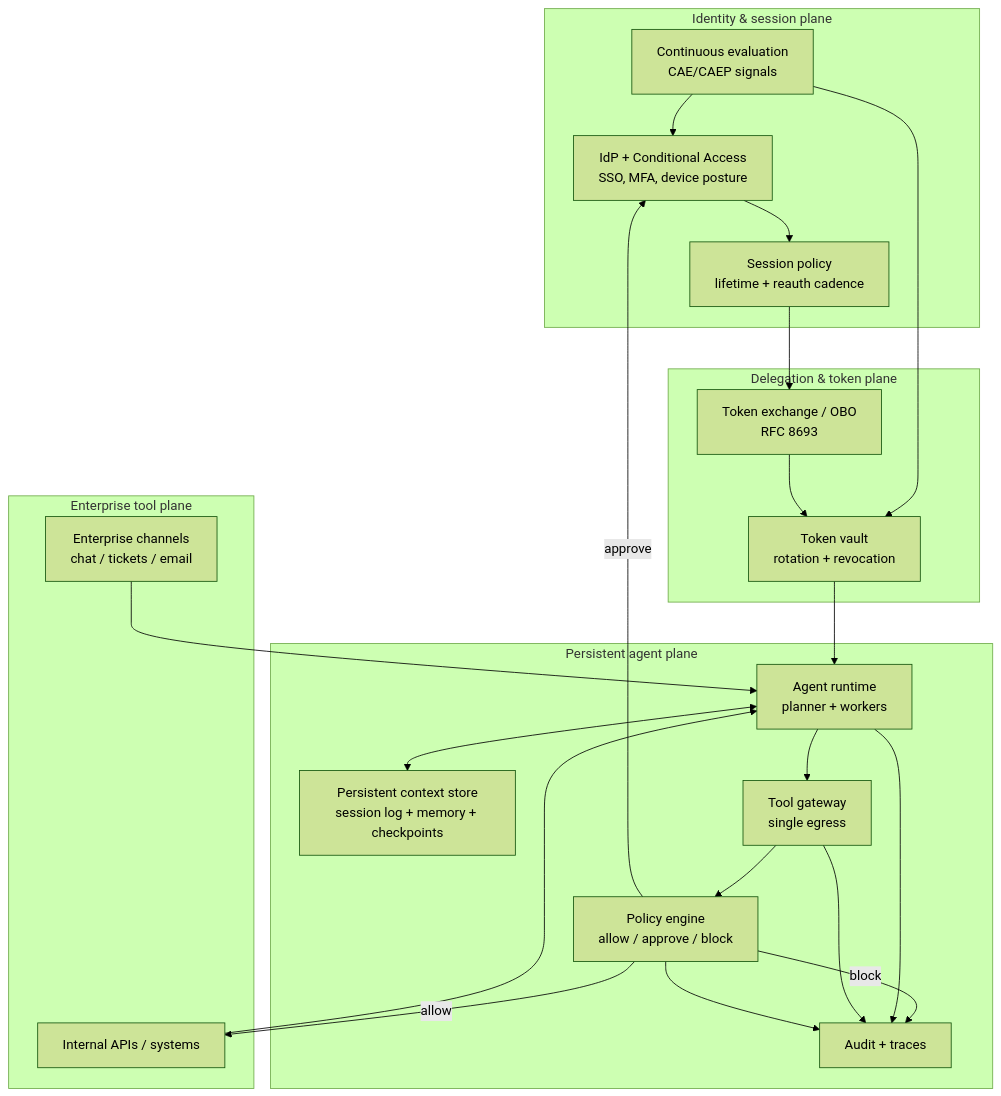
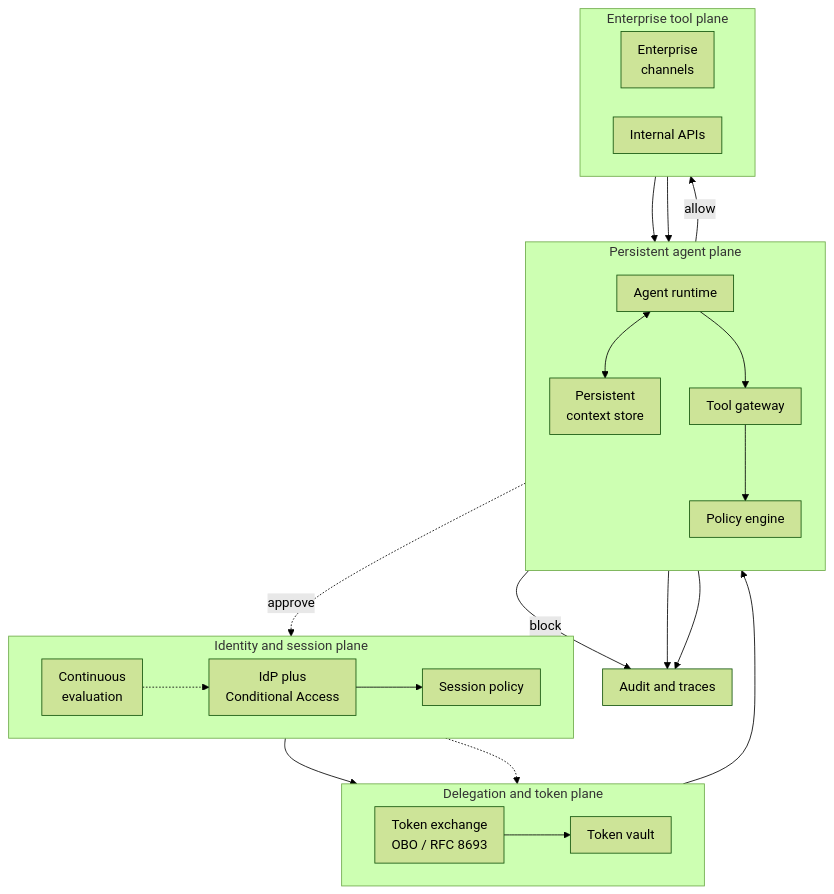
The diagram in docs/papers/always-on-agents/index.md (DavideDaniel/research), drawn with Mermaid (forest theme) before and after one commit. The commit also changed other lines of this file, not shown here.

First line of the commit message:
Polish Always-On Enterprise Agents paper

````diff
--- a/docs/papers/always-on-agents/index.md
+++ b/docs/papers/always-on-agents/index.md
@@ -166,47 +166,51 @@
 ```mermaid
+%%{init: {'flowchart': {'nodeSpacing': 35, 'rankSpacing': 55, 'padding': 10}}}%%
 flowchart TB
-  subgraph IAM["Identity & session plane"]
-    IdP["IdP + Conditional Access<br/>SSO, MFA, device posture"]
-    Sess["Session policy<br/>lifetime + reauth cadence"]
-    CAE["Continuous evaluation<br/>CAE/CAEP signals"]
+  subgraph IAM["Identity and session plane"]
+    direction LR
+    IdP["IdP plus<br/>Conditional Access"]
+    Sess["Session policy"]
+    CAE["Continuous<br/>evaluation"]
   end
 
-  subgraph Delegation["Delegation & token plane"]
-    STS["Token exchange / OBO<br/>RFC 8693"]
-    Vault["Token vault<br/>rotation + revocation"]
+  subgraph Delegation["Delegation and token plane"]
+    direction LR
+    STS["Token exchange<br/>OBO / RFC 8693"]
+    Vault["Token vault"]
   end
 
   subgraph Agent["Persistent agent plane"]
-    Runtime["Agent runtime<br/>planner + workers"]
-    Memory["Persistent context store<br/>session log + memory + checkpoints"]
-    Gateway["Tool gateway<br/>single egress"]
-    Policy["Policy engine<br/>allow / approve / block"]
-    Audit["Audit + traces"]
+    direction TB
+    Runtime["Agent runtime"]
+    Memory["Persistent<br/>context store"]
+    Gateway["Tool gateway"]
+    Policy["Policy engine"]
   end
 
   subgraph Tools["Enterprise tool plane"]
-    APIs["Internal APIs / systems"]
-    Channels["Enterprise channels<br/>chat / tickets / email"]
+    direction LR
+    Channels["Enterprise<br/>channels"]
+    APIs["Internal APIs"]
   end
+
+  Audit["Audit and traces"]
 
   IdP --> Sess
   Sess --> STS
-  CAE --> IdP
-  CAE --> Vault
-
+  CAE -.-> IdP
+  CAE -.-> Vault
   STS --> Vault
   Vault --> Runtime
 
+  Channels --> Runtime
   Runtime <--> Memory
   Runtime --> Gateway
-  Channels --> Runtime
   Gateway --> Policy
   Policy -->|allow| APIs
-  Policy -->|approve| IdP
   Policy -->|block| Audit
+  Policy -. approve .-> IdP
   APIs --> Runtime
 
   Runtime --> Audit
   Gateway --> Audit
-  Policy --> Audit
 ```
````
